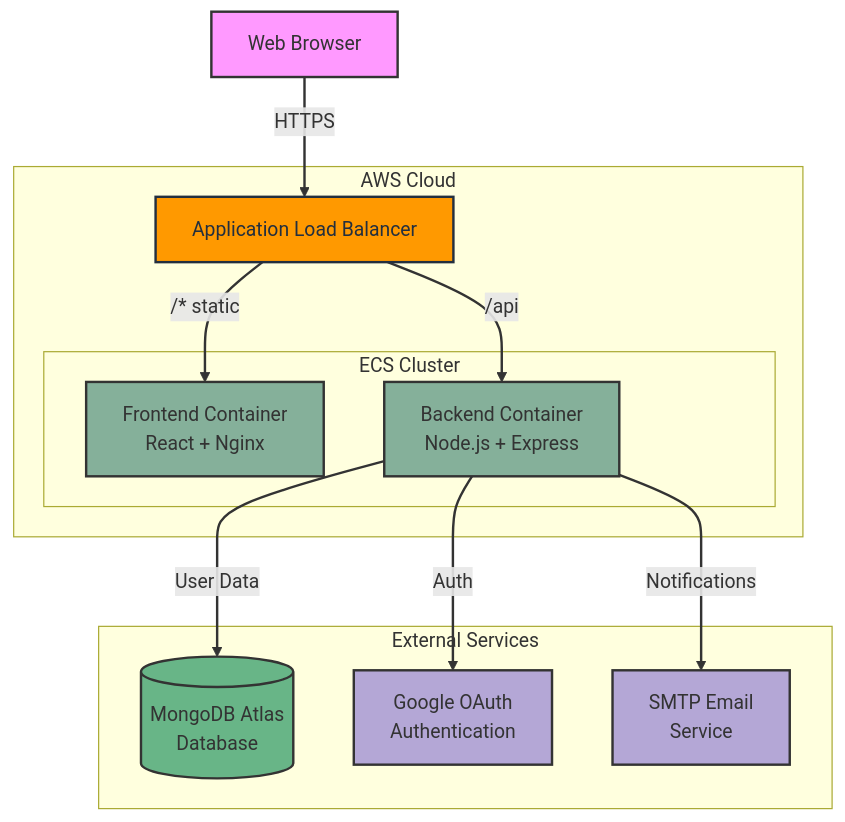
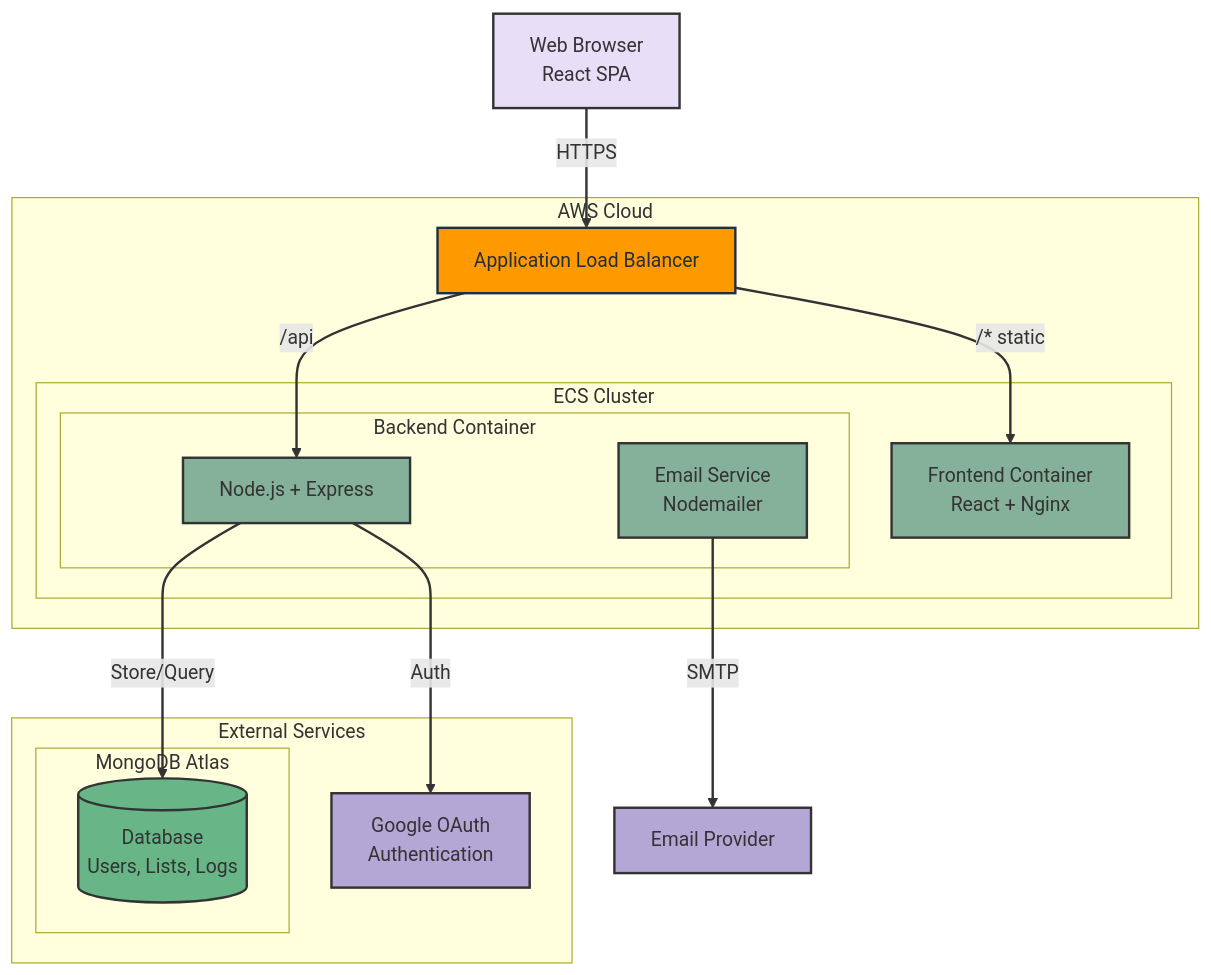
Before and after one commit to hscopalm/shareable-wishlists: the diagram in README.md, drawn with Mermaid.

Commit message:
chore: more readme improvements

````diff
--- a/README.md
+++ b/README.md
@@ -25,39 +25,43 @@
 ```mermaid
 graph TD
     %% Styling
-    classDef browser fill:#f9f,stroke:#333,stroke-width:2px
+    classDef browser fill:#E8DEF8,stroke:#333,stroke-width:2px
     classDef aws fill:#FF9900,stroke:#232F3E,stroke-width:2px,color:#232F3E
     classDef app fill:#85B09A,stroke:#333,stroke-width:2px
     classDef db fill:#68B587,stroke:#333,stroke-width:2px
     classDef external fill:#B4A7D6,stroke:#333,stroke-width:2px
 
     %% Client Layer
-    Client[Web Browser]:::browser
+    Client[Web Browser<br/>React SPA]:::browser
 
     %% AWS Infrastructure
     subgraph AWS["AWS Cloud"]
         ALB[Application Load Balancer]:::aws
         subgraph ECS["ECS Cluster"]
             FE[Frontend Container<br/>React + Nginx]:::app
-            BE[Backend Container<br/>Node.js + Express]:::app
+            subgraph BE["Backend Container"]
+                Express[Node.js + Express]:::app
+                EmailService[Email Service<br/>Nodemailer]:::app
+            end
         end
     end
 
     %% External Services
     subgraph External["External Services"]
-        MongoDB[(MongoDB Atlas<br/>Database)]:::db
+        subgraph Atlas["MongoDB Atlas"]
+            MongoDB[(Database<br/>Users, Lists, Logs)]:::db
+        end
         Google[Google OAuth<br/>Authentication]:::external
-        Email[SMTP Email<br/>Service]:::external
     end
 
     %% Connections
     Client --> |HTTPS| ALB
-    ALB --> |/api| BE
+    ALB --> |/api| Express
     ALB --> |/* static| FE
-    BE --> |User Data| MongoDB
-    BE --> |Auth| Google
-    BE --> |Notifications| Email
+    Express --> |Store/Query| MongoDB
+    Express --> |Auth| Google
+    EmailService --> |SMTP| SMTP[Email Provider]:::external
 
     %% Link Styling
     linkStyle default stroke:#333,stroke-width:2px;
 ```
````
